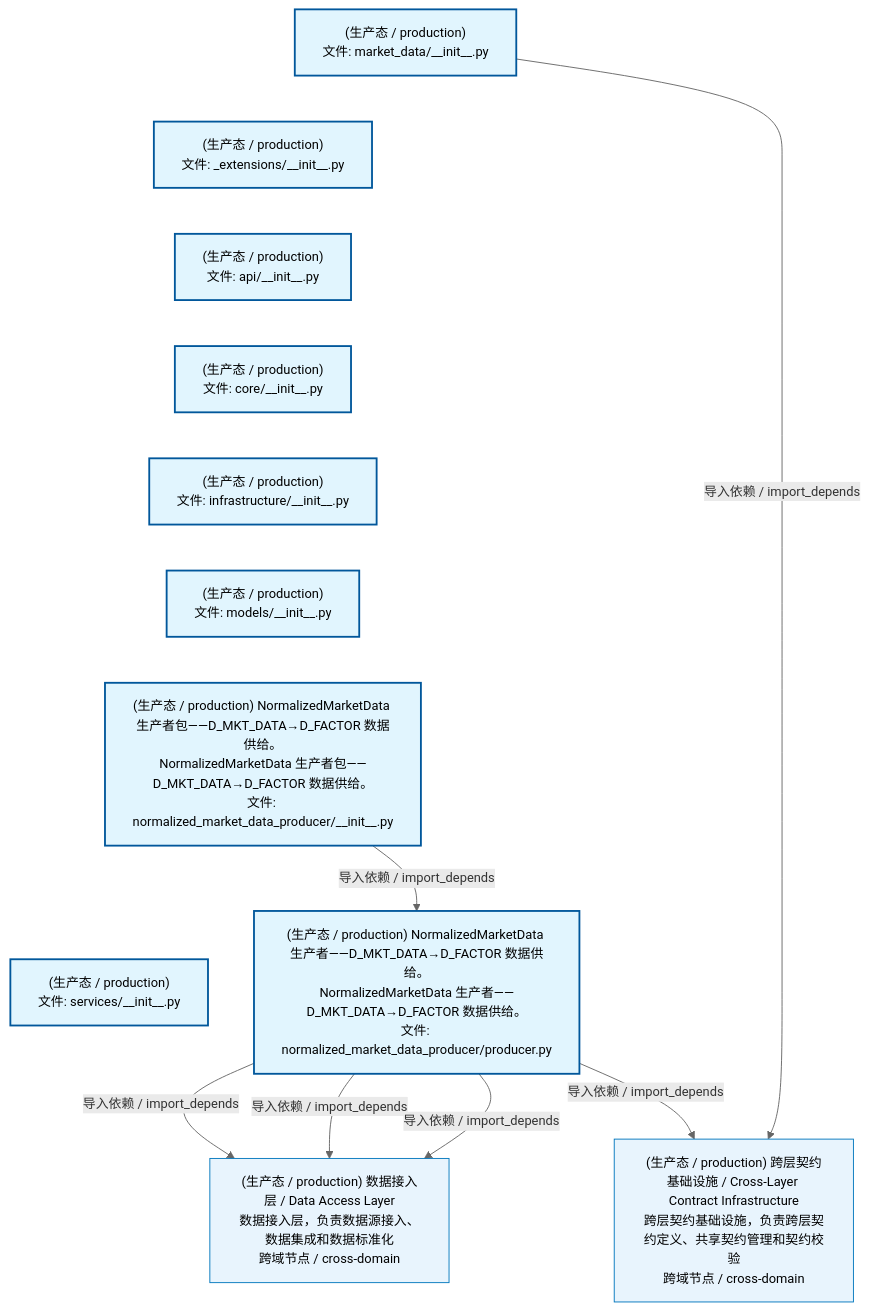
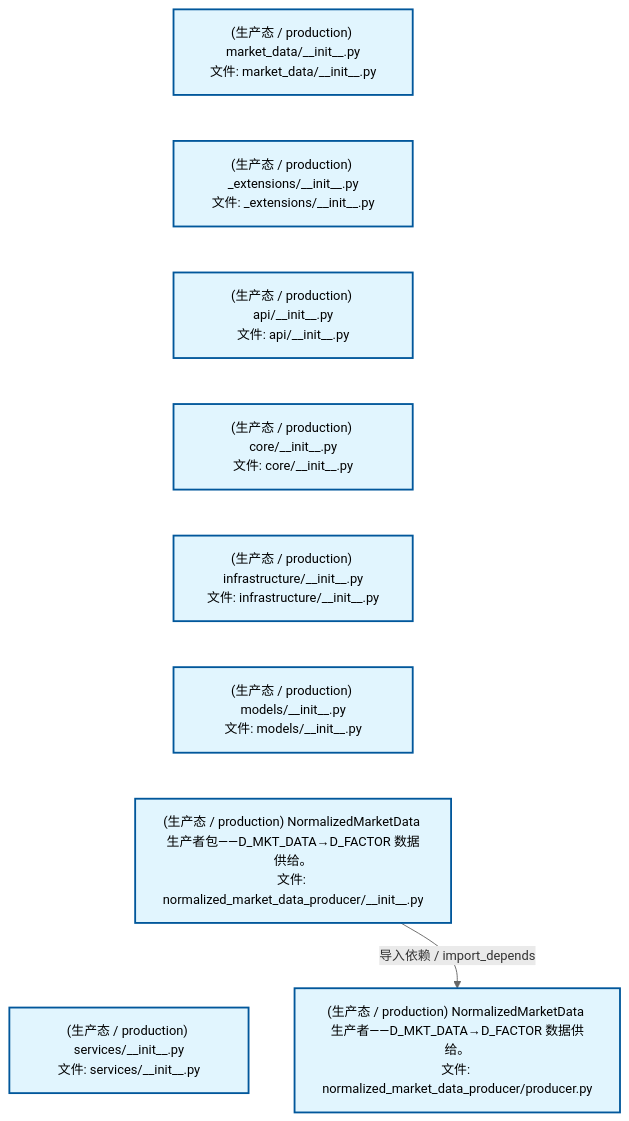
One commit to xuanFelixVan/ZephyrAlpha changed the second of 4 diagrams in docs/02_enterprise_architecture/02_domain_architecture_docs/23_d_mkt_data.md. Above: the diagram before and after it, drawn with Mermaid. The commit also changed other lines of this file and 77 other files, not shown here.

````diff
--- a/docs/02_enterprise_architecture/02_domain_architecture_docs/23_d_mkt_data.md
+++ b/docs/02_enterprise_architecture/02_domain_architecture_docs/23_d_mkt_data.md
@@ -53,34 +112,26 @@
 ```mermaid
 %%{init: {'theme': 'base', 'themeVariables': {'primaryColor': '#eaeaea', 'primaryTextColor': '#333333', 'primaryBorderColor': '#666666', 'lineColor': '#666666', 'secondaryColor': '#eaeaea', 'tertiaryColor': '#eaeaea', 'fontSize': '14px'}}}%%
 flowchart TD
-    src_zephyr_market_data_init_py["(生产态 / production)<br/>文件: market_data/__init__.py"]
-    src_zephyr_market_data_extensions_init_py["(生产态 / production)<br/>文件: _extensions/__init__.py"]
-    src_zephyr_market_data_api_init_py["(生产态 / production)<br/>文件: api/__init__.py"]
-    src_zephyr_market_data_core_init_py["(生产态 / production)<br/>文件: core/__init__.py"]
-    src_zephyr_market_data_infrastructure_init_py["(生产态 / production)<br/>文件: infrastructure/__init__.py"]
-    src_zephyr_market_data_models_init_py["(生产态 / production)<br/>文件: models/__init__.py"]
-    src_zephyr_market_data_normalized_market_data_producer_init_py["(生产态 / production) NormalizedMarketData 生产者包——D_MKT_DATA→D_FACTOR 数据供给。<br/>NormalizedMarketData 生产者包——D_MKT_DATA→D_FACTOR 数据供给。<br/>文件: normalized_market_data_producer/__init__.py"]
-    src_zephyr_market_data_services_init_py["(生产态 / production)<br/>文件: services/__init__.py"]
+    src_zephyr_market_data_init_py["(生产态 / production) market_data/__init__.py<br/>文件: market_data/__init__.py"]
+    src_zephyr_market_data_extensions_init_py["(生产态 / production) _extensions/__init__.py<br/>文件: _extensions/__init__.py"]
+    src_zephyr_market_data_api_init_py["(生产态 / production) api/__init__.py<br/>文件: api/__init__.py"]
+    src_zephyr_market_data_core_init_py["(生产态 / production) core/__init__.py<br/>文件: core/__init__.py"]
+    src_zephyr_market_data_infrastructure_init_py["(生产态 / production) infrastructure/__init__.py<br/>文件: infrastructure/__init__.py"]
+    src_zephyr_market_data_models_init_py["(生产态 / production) models/__init__.py<br/>文件: models/__init__.py"]
+    src_zephyr_market_data_normalized_market_data_producer_init_py["(生产态 / production) NormalizedMarketData 生产者包——D_MKT_DATA→D_FACTOR 数据供给。<br/>文件: normalized_market_data_producer/__init__.py"]
+    src_zephyr_market_data_services_init_py["(生产态 / production) services/__init__.py<br/>文件: services/__init__.py"]
     src_zephyr_market_data_init_py ~~~ src_zephyr_market_data_extensions_init_py
     src_zephyr_market_data_extensions_init_py ~~~ src_zephyr_market_data_api_init_py
     src_zephyr_market_data_api_init_py ~~~ src_zephyr_market_data_core_init_py
     src_zephyr_market_data_core_init_py ~~~ src_zephyr_market_data_infrastructure_init_py
     src_zephyr_market_data_infrastructure_init_py ~~~ src_zephyr_market_data_models_init_py
     src_zephyr_market_data_models_init_py ~~~ src_zephyr_market_data_normalized_market_data_producer_init_py
     src_zephyr_market_data_normalized_market_data_producer_init_py ~~~ src_zephyr_market_data_services_init_py
-    src_zephyr_market_data_normalized_market_data_producer_producer_py["(生产态 / production) NormalizedMarketData 生产者——D_MKT_DATA→D_FACTOR 数据供给。<br/>NormalizedMarketData 生产者——D_MKT_DATA→D_FACTOR 数据供给。<br/>文件: normalized_market_data_producer/producer.py"]
+    src_zephyr_market_data_normalized_market_data_producer_producer_py["(生产态 / production) NormalizedMarketData 生产者——D_MKT_DATA→D_FACTOR 数据供给。<br/>文件: normalized_market_data_producer/producer.py"]
     src_zephyr_market_data_normalized_market_data_producer_init_py -->|导入依赖 / import_depends| src_zephyr_market_data_normalized_market_data_producer_producer_py
-    D_DATA["(生产态 / production) 数据接入层 / Data Access Layer<br/>数据接入层，负责数据源接入、数据集成和数据标准化<br/>跨域节点 / cross-domain"]
-    src_zephyr_market_data_normalized_market_data_producer_producer_py -->|导入依赖 / import_depends| D_DATA
-    src_zephyr_market_data_normalized_market_data_producer_producer_py -->|导入依赖 / import_depends| D_DATA
-    src_zephyr_market_data_normalized_market_data_producer_producer_py -->|导入依赖 / import_depends| D_DATA
-    D_INFRASTRUCTURE["(生产态 / production) 跨层契约基础设施 / Cross-Layer Contract Infrastructure<br/>跨层契约基础设施，负责跨层契约定义、共享契约管理和契约校验<br/>跨域节点 / cross-domain"]
-    src_zephyr_market_data_normalized_market_data_producer_producer_py -->|导入依赖 / import_depends| D_INFRASTRUCTURE
-    src_zephyr_market_data_init_py -->|导入依赖 / import_depends| D_INFRASTRUCTURE
     classDef production fill:#e1f5fe,stroke:#01579b,stroke-width:2px,color:#000
     classDef design fill:#fff3e0,stroke:#e65100,stroke-width:2px,color:#000,stroke-dasharray: 5 5
     classDef external_prod fill:#e8f4fd,stroke:#0277bd,stroke-width:1px,color:#000
     classDef external_design fill:#fff8e7,stroke:#ef6c00,stroke-width:1px,color:#000,stroke-dasharray: 5 5
     class src_zephyr_market_data_init_py,src_zephyr_market_data_extensions_init_py,src_zephyr_market_data_api_init_py,src_zephyr_market_data_core_init_py,src_zephyr_market_data_infrastructure_init_py,src_zephyr_market_data_models_init_py,src_zephyr_market_data_normalized_market_data_producer_init_py,src_zephyr_market_data_normalized_market_data_producer_producer_py,src_zephyr_market_data_services_init_py production
-    class D_DATA,D_INFRASTRUCTURE external_prod
 ```
````
